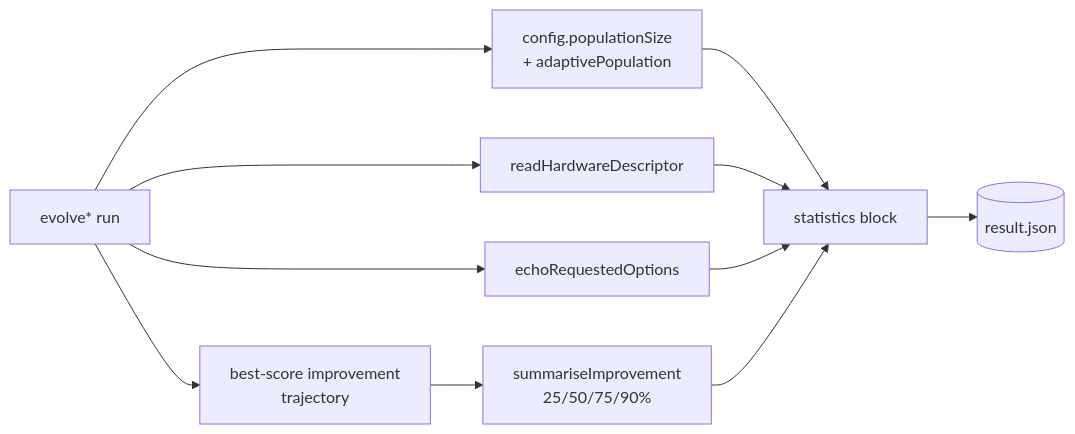
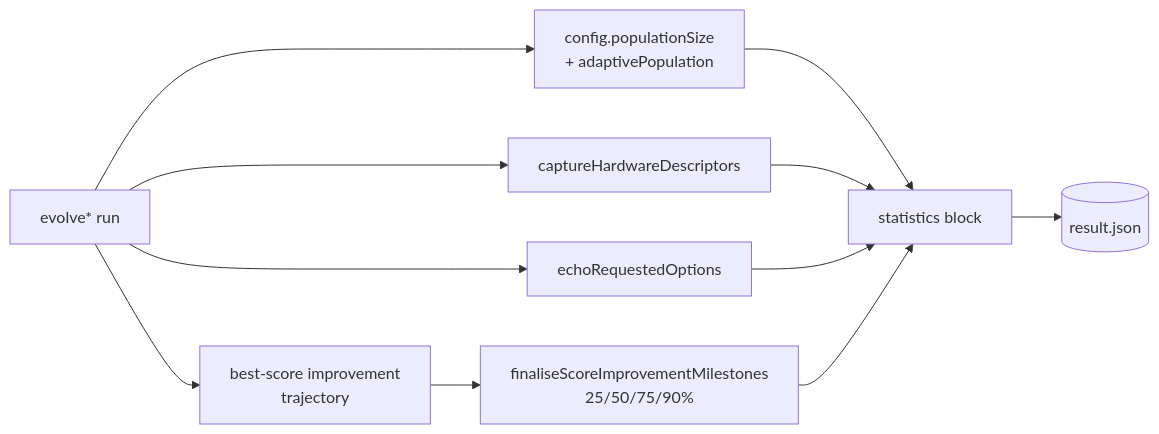
The sixth of 6 diagrams in docs/event-driven-evolution.md (stSoftwareAU/NEAT-AI), drawn with Mermaid before and after one commit. The commit also changed 6 other files, not shown here.

````diff
--- a/docs/event-driven-evolution.md
+++ b/docs/event-driven-evolution.md
@@ -662,13 +662,13 @@
 ```mermaid
 flowchart LR
     Run[evolve* run] --> Cfg[config.populationSize<br/>+ adaptivePopulation]
-    Run --> HW[readHardwareDescriptor]
+    Run --> HW[captureHardwareDescriptors]
     Run --> Echo[echoRequestedOptions]
     Run --> Traj[best-score improvement<br/>trajectory]
-    Traj --> Sum[summariseImprovement<br/>25/50/75/90%]
+    Traj --> Sum[finaliseScoreImprovementMilestones<br/>25/50/75/90%]
     Cfg --> Stats[statistics block]
     HW --> Stats
     Echo --> Stats
     Sum --> Stats
     Stats --> RJ[(result.json)]
 ```
````
